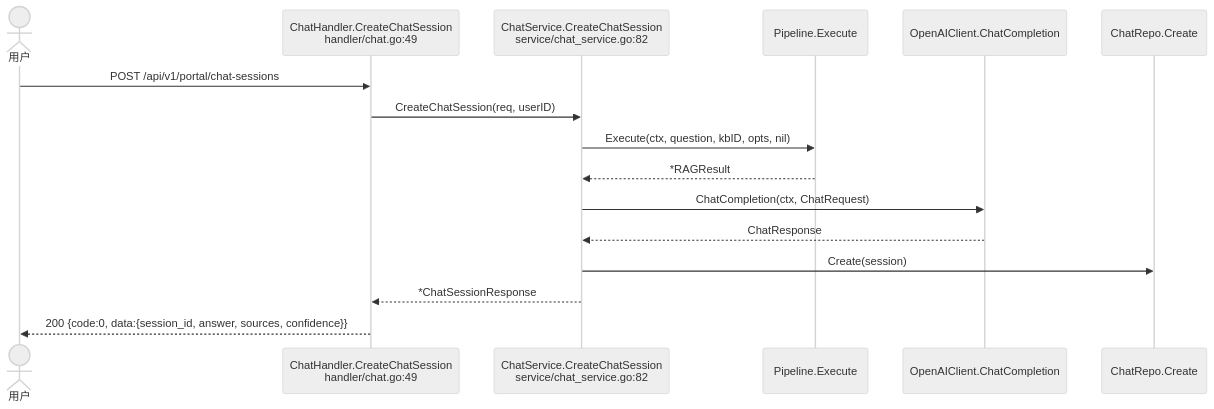
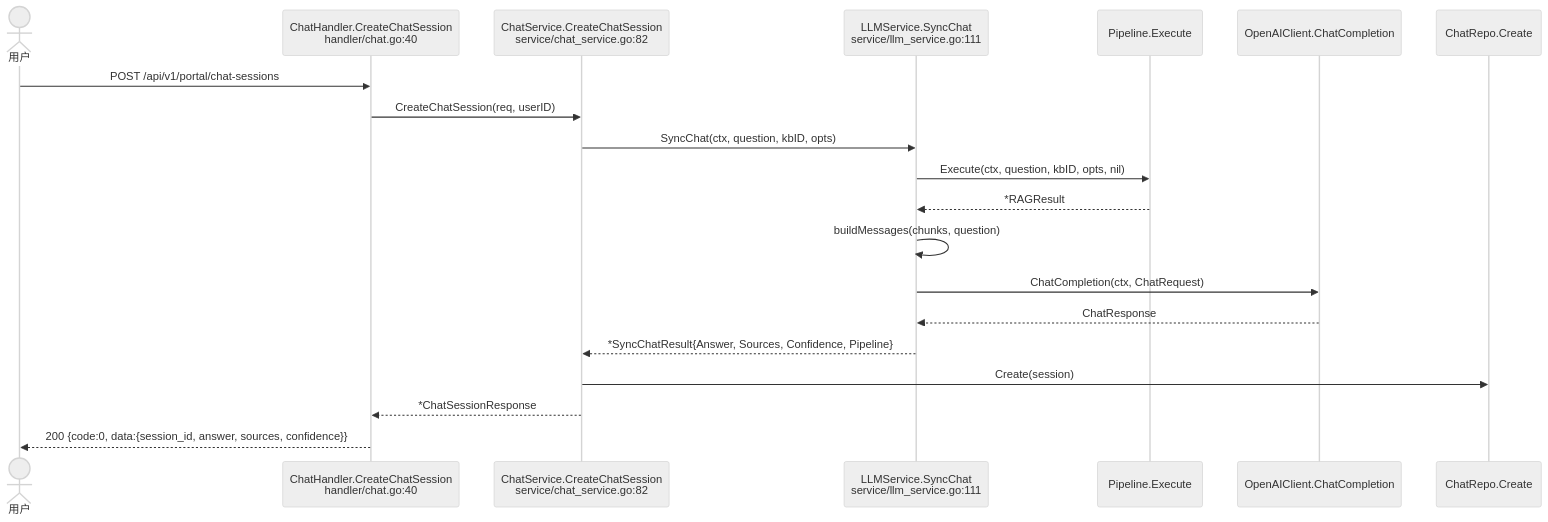
Before and after one commit to hua-2005/OpsMind: the second of 3 diagrams in docs/diagrams/chat-rag-flow.md, drawn with Mermaid (neutral theme). The commit also changed other lines of this file and 5 other files, not shown here.

First line of the commit message:
docs: 全量文档审计 — 修复 SSE 重构后图示/技术文档/注释不一致

````diff
--- a/docs/diagrams/chat-rag-flow.md
+++ b/docs/diagrams/chat-rag-flow.md
@@ -112,19 +117,23 @@
 ```mermaid
 sequenceDiagram
     actor U as 用户
-    participant CH as ChatHandler.CreateChatSession<br/>handler/chat.go:49
+    participant CH as ChatHandler.CreateChatSession<br/>handler/chat.go:40
     participant CS as ChatService.CreateChatSession<br/>service/chat_service.go:82
+    participant LS as LLMService.SyncChat<br/>service/llm_service.go:111
     participant Pipe as Pipeline.Execute
     participant LLM as OpenAIClient.ChatCompletion
     participant CR as ChatRepo.Create
 
     U->>CH: POST /api/v1/portal/chat-sessions
     CH->>CS: CreateChatSession(req, userID)
-    CS->>Pipe: Execute(ctx, question, kbID, opts, nil)
-    Pipe-->>CS: *RAGResult
-    CS->>LLM: ChatCompletion(ctx, ChatRequest)
-    LLM-->>CS: ChatResponse
+    CS->>LS: SyncChat(ctx, question, kbID, opts)
+    LS->>Pipe: Execute(ctx, question, kbID, opts, nil)
+    Pipe-->>LS: *RAGResult
+    LS->>LS: buildMessages(chunks, question)
+    LS->>LLM: ChatCompletion(ctx, ChatRequest)
+    LLM-->>LS: ChatResponse
+    LS-->>CS: *SyncChatResult{Answer, Sources, Confidence, Pipeline}
     CS->>CR: Create(session)
     CS-->>CH: *ChatSessionResponse
     CH-->>U: 200 {code:0, data:{session_id, answer, sources, confidence}}
 ```
````
